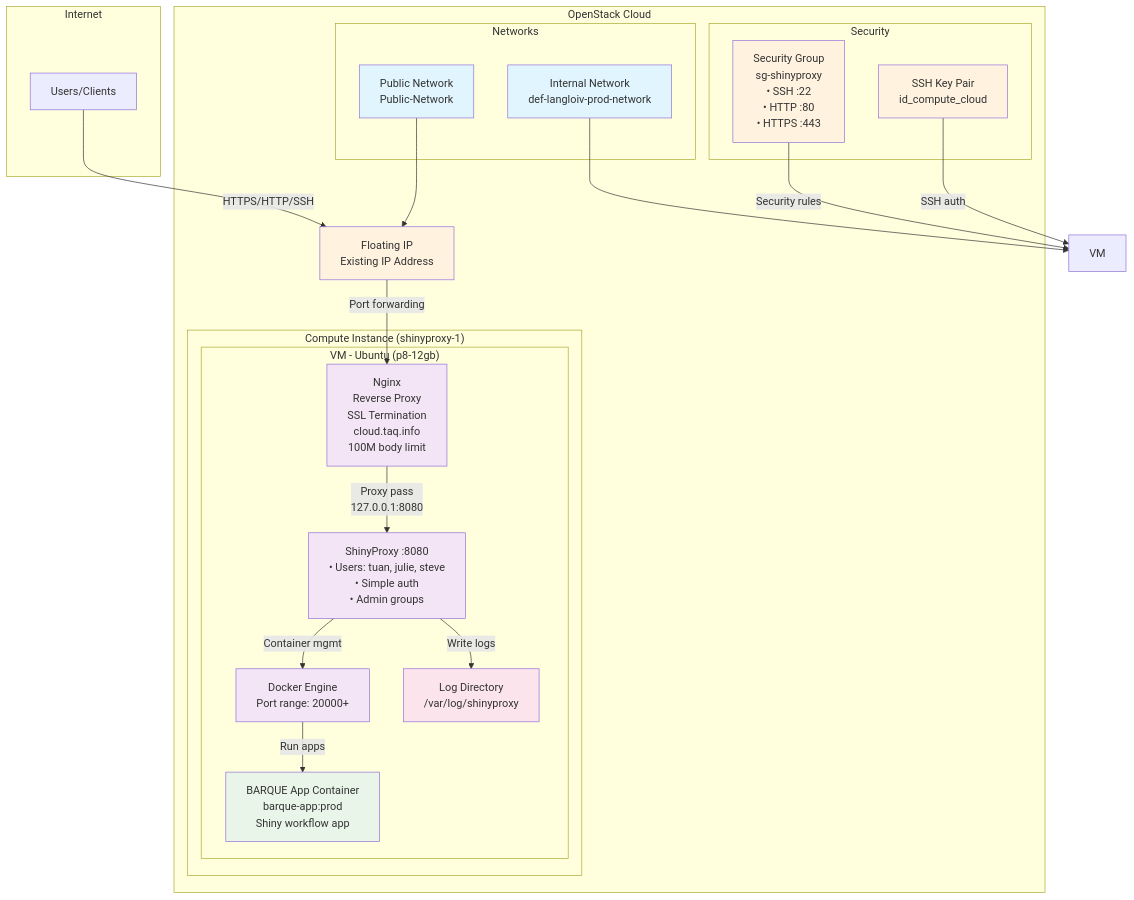
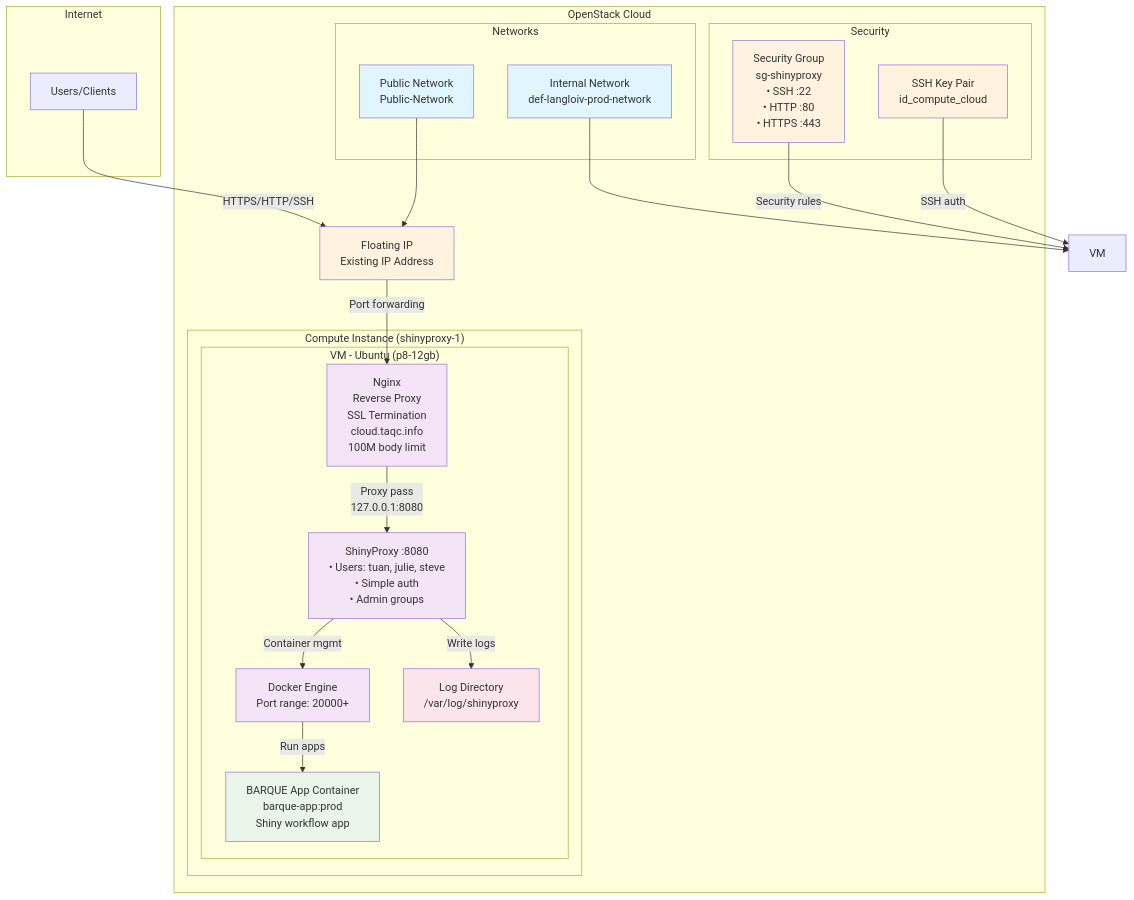
Before and after one commit to taq-community/openStackProvisioning: the diagram in shinyproxy-openstack-terraform/README.md, drawn with Mermaid. The commit also changed other lines of this file and 3 other files, not shown here.

````diff
--- a/shinyproxy-openstack-terraform/README.md
+++ b/shinyproxy-openstack-terraform/README.md
@@ -7,58 +7,58 @@
 ```mermaid
 graph TB
     subgraph "Internet"
         Users[Users/Clients]
     end
     
     subgraph "OpenStack Cloud"
         subgraph "Networks"
             PublicNet[Public Network<br/>Public-Network]
             InternalNet[Internal Network<br/>def-langloiv-prod-network]
         end
         
         FloatingIP[Floating IP<br/>Existing IP Address]
         
         subgraph "Security"
             SG[Security Group<br/>sg-shinyproxy<br/>• SSH :22<br/>• HTTP :80<br/>• HTTPS :443]
             KeyPair[SSH Key Pair<br/>id_compute_cloud]
         end
         
         subgraph "Compute Instance (shinyproxy-1)"
             subgraph "VM - Ubuntu (p8-12gb)"
-                Nginx[Nginx<br/>Reverse Proxy<br/>SSL Termination<br/>cloud.taq.info<br/>100M body limit]
+                Nginx[Nginx<br/>Reverse Proxy<br/>SSL Termination<br/>cloud.taqc.info<br/>100M body limit]
                 ShinyProxy[ShinyProxy :8080<br/>• Users: tuan, julie, steve<br/>• Simple auth<br/>• Admin groups]
                 Docker[Docker Engine<br/>Port range: 20000+]
                 BarqueApp[BARQUE App Container<br/>barque-app:prod<br/>Shiny workflow app]
                 Logs[Log Directory<br/>/var/log/shinyproxy]
             end
         end
     end
     
     %% External connections
     Users -->|HTTPS/HTTP/SSH| FloatingIP
     PublicNet --> FloatingIP
     FloatingIP -->|Port forwarding| Nginx
     InternalNet --> VM
     SG -->|Security rules| VM
     KeyPair -->|SSH auth| VM
     
     %% Internal connections
     Nginx -->|Proxy pass<br/>127.0.0.1:8080| ShinyProxy
     ShinyProxy -->|Container mgmt| Docker
     Docker -->|Run apps| BarqueApp
     ShinyProxy -->|Write logs| Logs
     
     %% Styling
     classDef networkClass fill:#e1f5fe
     classDef securityClass fill:#fff3e0
     classDef computeClass fill:#f3e5f5
     classDef appClass fill:#e8f5e8
     classDef storageClass fill:#fce4ec
     
     class PublicNet,InternalNet networkClass
     class SG,KeyPair,FloatingIP securityClass
     class Nginx,ShinyProxy,Docker computeClass
     class BarqueApp appClass
     class Logs storageClass
 
 ```
````
